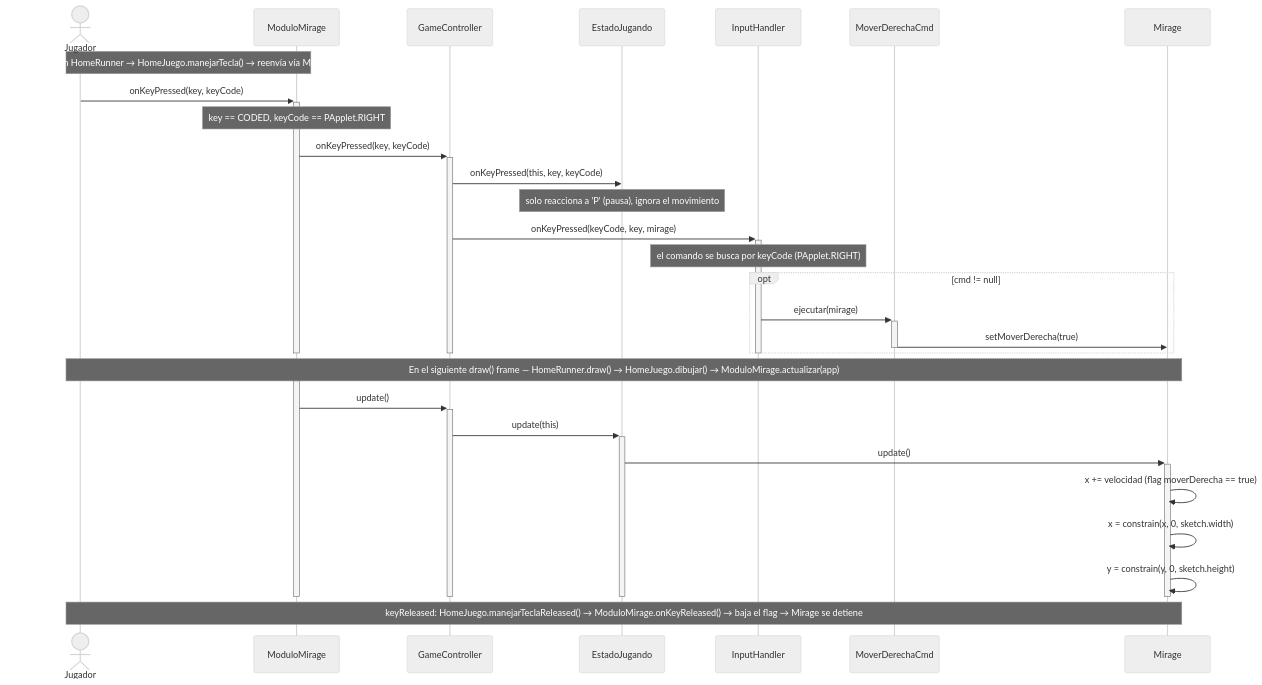
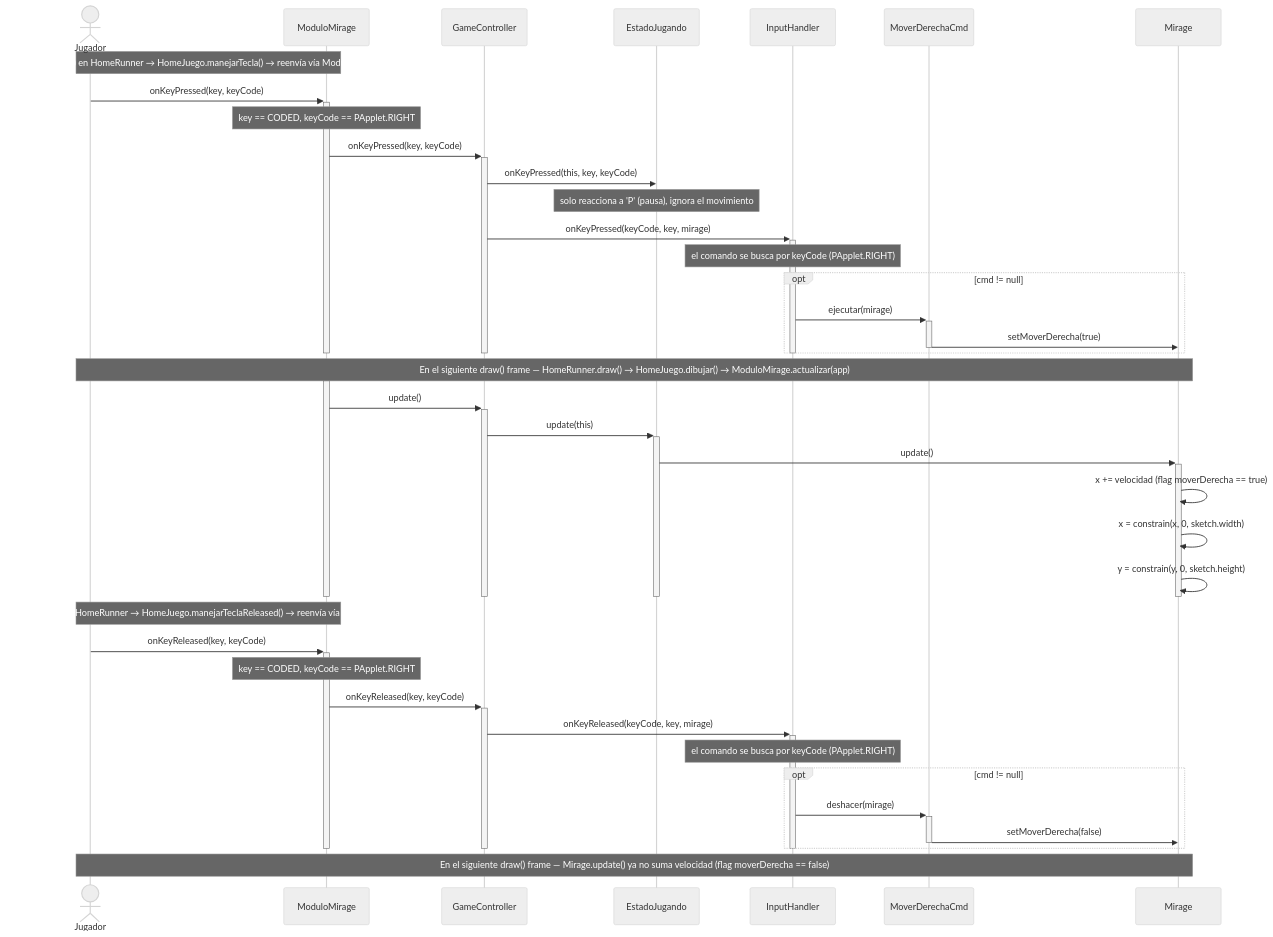
One commit to Christian-Rojas-Rodriguez/juego-1982 changed the second of 9 diagrams in docs/v1/analisis/casos-de-uso.md. Above: the diagram before and after it, drawn with Mermaid (neutral theme).

Commit message:
docs(v1): completar el ciclo keyReleased en UC-01
- Agrega el flujo de keyReleased (soltar tecla → baja el flag → Mirage
  se detiene) que faltaba en el diagrama de secuencia
- Usa deshacer(mirage), el método real del Command (antes decía soltar)

````diff
--- a/docs/v1/analisis/casos-de-uso.md
+++ b/docs/v1/analisis/casos-de-uso.md
@@ -60,42 +60,57 @@
 ```mermaid
 sequenceDiagram
     actor Jugador
     participant ModuloMirage
     participant GameController
     participant EstadoJugando
     participant InputHandler
     participant MoverDerechaCmd
     participant Mirage
 
     Note over Jugador,ModuloMirage: keyPressed() en HomeRunner → HomeJuego.manejarTecla() → reenvía vía ModuloConInput
     Jugador->>+ModuloMirage: onKeyPressed(key, keyCode)
     Note over ModuloMirage: key == CODED, keyCode == PApplet.RIGHT
     ModuloMirage->>+GameController: onKeyPressed(key, keyCode)
     GameController->>EstadoJugando: onKeyPressed(this, key, keyCode)
     Note over EstadoJugando: solo reacciona a 'P' (pausa), ignora el movimiento
     GameController->>+InputHandler: onKeyPressed(keyCode, key, mirage)
     Note over InputHandler: el comando se busca por keyCode (PApplet.RIGHT)
     opt cmd != null
         InputHandler->>+MoverDerechaCmd: ejecutar(mirage)
         MoverDerechaCmd->>Mirage: setMoverDerecha(true)
         deactivate MoverDerechaCmd
     end
     deactivate InputHandler
     deactivate GameController
     deactivate ModuloMirage
 
     Note over Jugador,Mirage: En el siguiente draw() frame — HomeRunner.draw() → HomeJuego.dibujar() → ModuloMirage.actualizar(app)
     activate ModuloMirage
     ModuloMirage->>+GameController: update()
     GameController->>+EstadoJugando: update(this)
     EstadoJugando->>+Mirage: update()
     Mirage->>Mirage: x += velocidad (flag moverDerecha == true)
     Mirage->>Mirage: x = constrain(x, 0, sketch.width)
     Mirage->>Mirage: y = constrain(y, 0, sketch.height)
     deactivate Mirage
     deactivate EstadoJugando
     deactivate GameController
     deactivate ModuloMirage
 
-    Note over Jugador,Mirage: keyReleased: HomeJuego.manejarTeclaReleased() → ModuloMirage.onKeyReleased() → baja el flag → Mirage se detiene
+    Note over Jugador,ModuloMirage: keyReleased() en HomeRunner → HomeJuego.manejarTeclaReleased() → reenvía vía ModuloConInput
+    Jugador->>+ModuloMirage: onKeyReleased(key, keyCode)
+    Note over ModuloMirage: key == CODED, keyCode == PApplet.RIGHT
+    ModuloMirage->>+GameController: onKeyReleased(key, keyCode)
+    GameController->>+InputHandler: onKeyReleased(keyCode, key, mirage)
+    Note over InputHandler: el comando se busca por keyCode (PApplet.RIGHT)
+    opt cmd != null
+        InputHandler->>+MoverDerechaCmd: deshacer(mirage)
+        MoverDerechaCmd->>Mirage: setMoverDerecha(false)
+        deactivate MoverDerechaCmd
+    end
+    deactivate InputHandler
+    deactivate GameController
+    deactivate ModuloMirage
+
+    Note over Jugador,Mirage: En el siguiente draw() frame — Mirage.update() ya no suma velocidad (flag moverDerecha == false)
 ```
````
